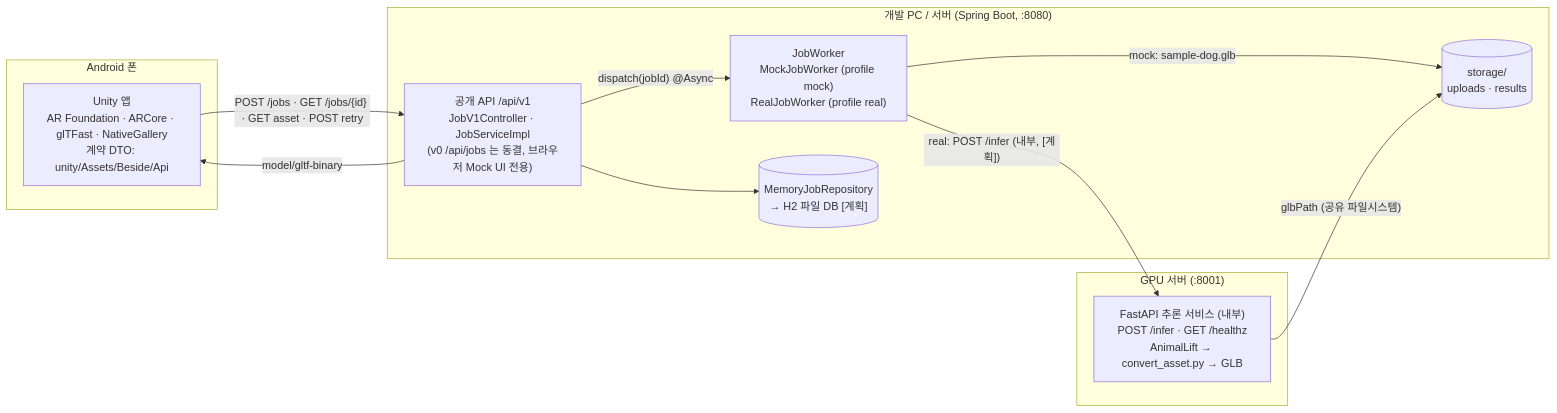
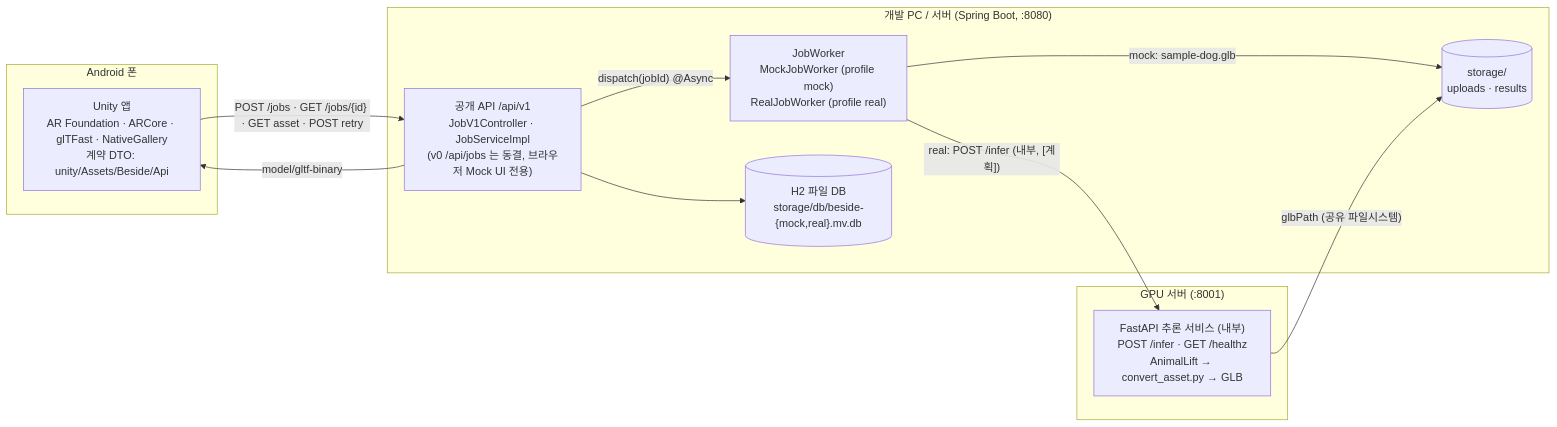
Before and after one commit to minwoo3717/Beside: the first of 3 diagrams in docs/ARCHITECTURE.md, drawn with Mermaid. The commit also changed other lines of this file and 4 other files, not shown here.

````diff
--- a/docs/ARCHITECTURE.md
+++ b/docs/ARCHITECTURE.md
@@ -9,22 +9,22 @@
 ```mermaid
 flowchart LR
     subgraph Phone["Android 폰"]
         U["Unity 앱<br/>AR Foundation · ARCore · glTFast · NativeGallery<br/>계약 DTO: unity/Assets/Beside/Api"]
     end
     subgraph Server["개발 PC / 서버 (Spring Boot, :8080)"]
         S["공개 API /api/v1<br/>JobV1Controller · JobServiceImpl<br/>(v0 /api/jobs 는 동결, 브라우저 Mock UI 전용)"]
         W["JobWorker<br/>MockJobWorker (profile mock)<br/>RealJobWorker (profile real)"]
         FS[("storage/<br/>uploads · results")]
-        DB[("MemoryJobRepository<br/>→ H2 파일 DB [계획]")]
+        DB[("H2 파일 DB<br/>storage/db/beside-{mock,real}.mv.db")]
     end
     subgraph Gpu["GPU 서버 (:8001)"]
         P["FastAPI 추론 서비스 (내부)<br/>POST /infer · GET /healthz<br/>AnimalLift → convert_asset.py → GLB"]
     end
     U -->|"POST /jobs · GET /jobs/{id} · GET asset · POST retry"| S
     S --> DB
     S -->|"dispatch(jobId) @Async"| W
     W -->|"mock: sample-dog.glb"| FS
     W -->|"real: POST /infer (내부, [계획])"| P
     P -->|"glbPath (공유 파일시스템)"| FS
     S -->|"model/gltf-binary"| U
 ```
````
